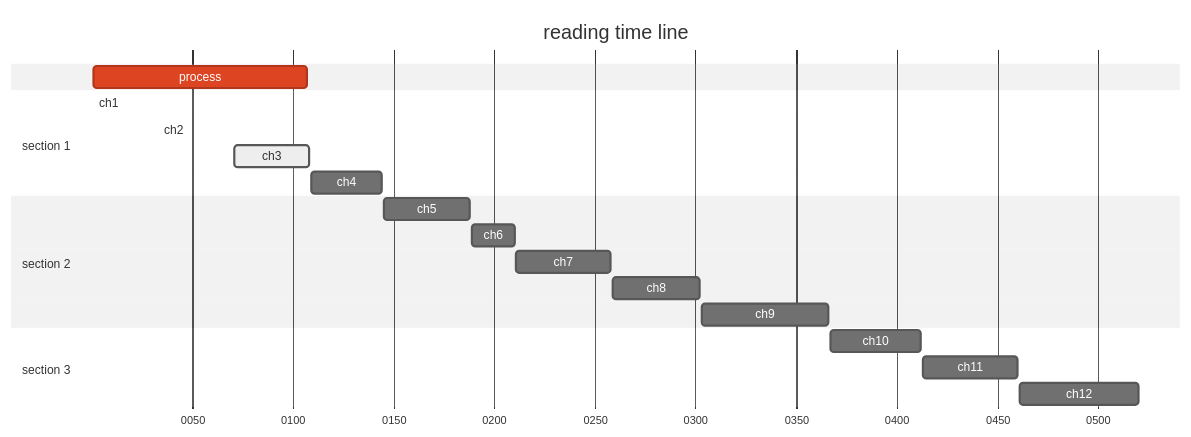
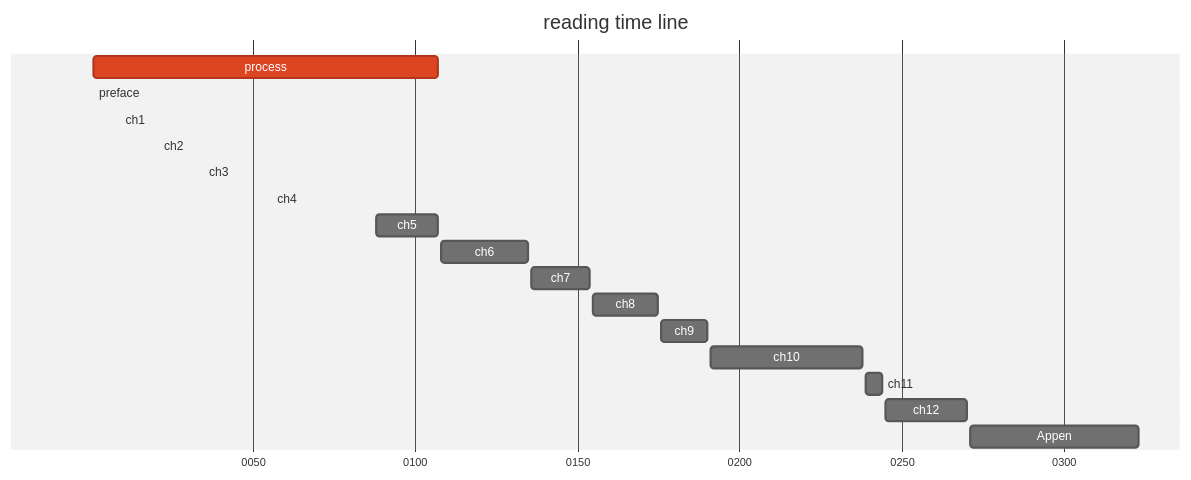
Before and after one commit to ywjpanda/Mastering-Bitcoin: the third of 3 diagrams in README.md, drawn with Mermaid (neutral theme). The commit also changed other lines of this file, not shown here.

````diff
--- a/README.md
+++ b/README.md
@@ -34,22 +39,22 @@
 ```mermaid
 gantt
 	dateFormat YYYY
 	axisFormat %Y
 	title reading time line
 	process: crit,0001,0107
-	section section 1
-	ch1: done,0001,0032
-	ch2: done,0033,0070
-	ch3: active,0071,0108
-	ch4: 0109,0144
-	section section 2
-	ch5: 0145,0188
-	ch6: 0189,0210
-	ch7: 0211,0258
-	ch8: 0259,0302
-	ch9: 0303,0366
-	section section 3
-	ch10: 0367,0412
-	ch11: 0413,0460
-	ch12: 0461,0520
+	preface: done,0001,0008
+
+	ch1: done,0009,0020
+	ch2: done,0021,0034
+	ch3: active,0035,0055
+	ch4: 0056,0087
+	ch5: 0088,0107
+	ch6: 0108,0135
+	ch7: 0136,0154
+	ch8: 0155,0175
+	ch9: 0176,0190
+	ch10: 0191,0238
+	ch11: 0239,0244
+	ch12: 0245,0270
+	Appen:0271,0323
 ```
````
